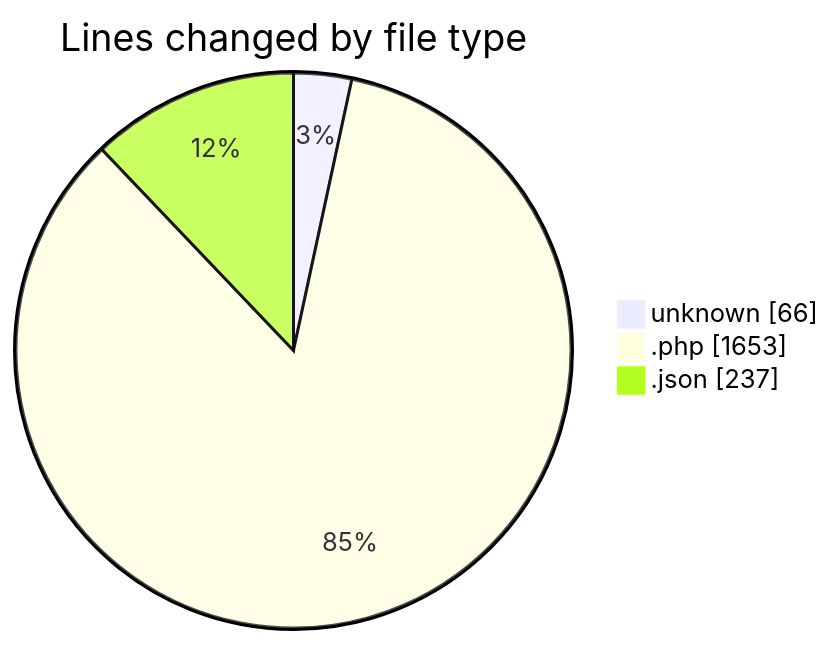
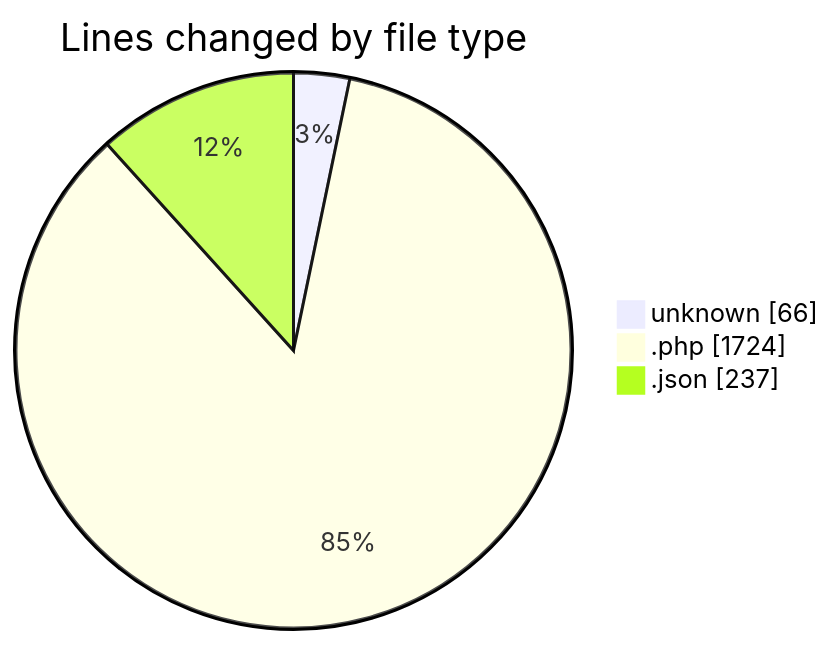
The first of 2 diagrams in 2025-05-27/studio-backend/README.md (idhammustaqopulfikri/code-tracking), drawn with Mermaid before and after one commit. The commit also changed other lines of this file and 1 other file, not shown here.

````diff
--- a/2025-05-27/studio-backend/README.md
+++ b/2025-05-27/studio-backend/README.md
@@ -51,7 +51,7 @@
 ```mermaid
 pie showData
 title Lines changed by file type
 "unknown" : 66
-".php" : 1653
+".php" : 1724
 ".json" : 237
 ```
````
